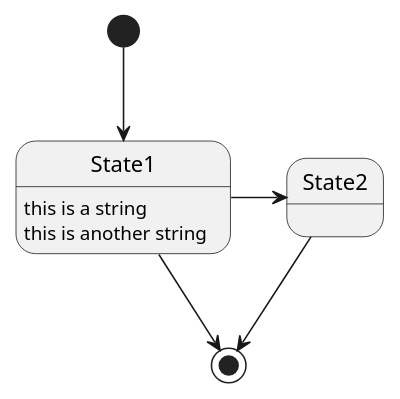
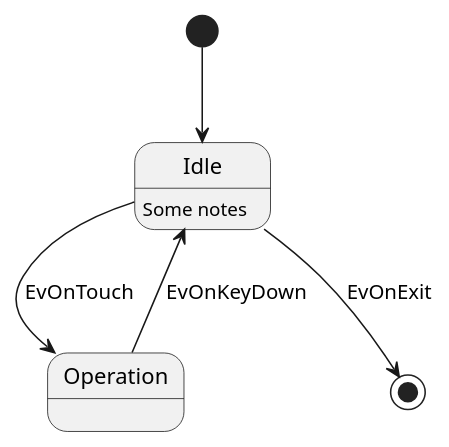
One commit to lookas/async_fsm changed the diagram in plantuml_to_async_fsm/examples/simple.plantuml. Above: the diagram before and after it, drawn with PlantUML. The commit also changed 7 other files, not shown here.

```diff
--- a/plantuml_to_async_fsm/examples/simple.plantuml
+++ b/plantuml_to_async_fsm/examples/simple.plantuml
@@ -1,11 +1,10 @@
 @startuml
 
-[*] --> State1
-State1 --> [*]
-State1 : this is a string
-State1 : this is another string
+[*] --> Idle
+Idle --> [*] : EvOnExit
+Idle : Some notes
 
-State1 -> State2
-State2 --> [*]
+Idle-> Operation : EvOnTouch
+Operation --> Idle : EvOnKeyDown
 
 @enduml
```
